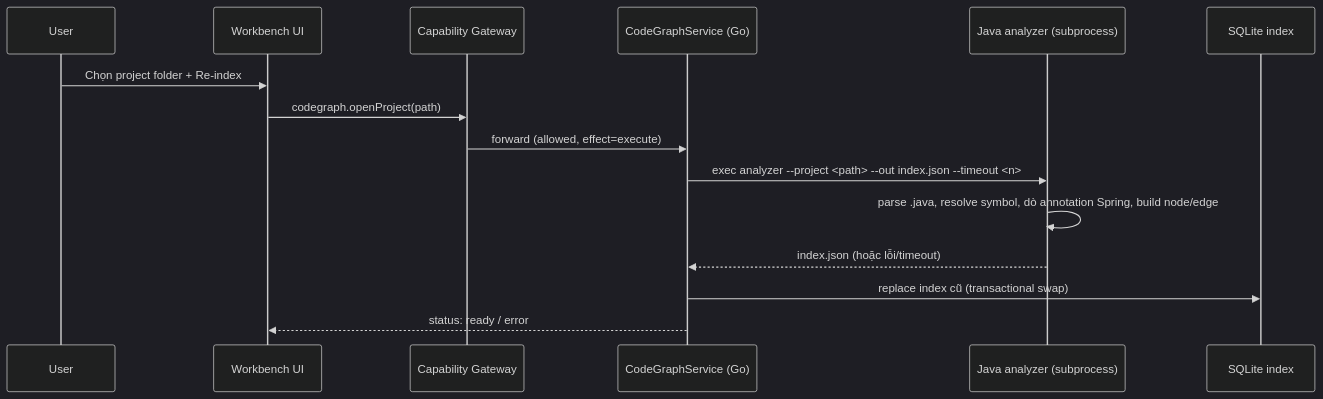
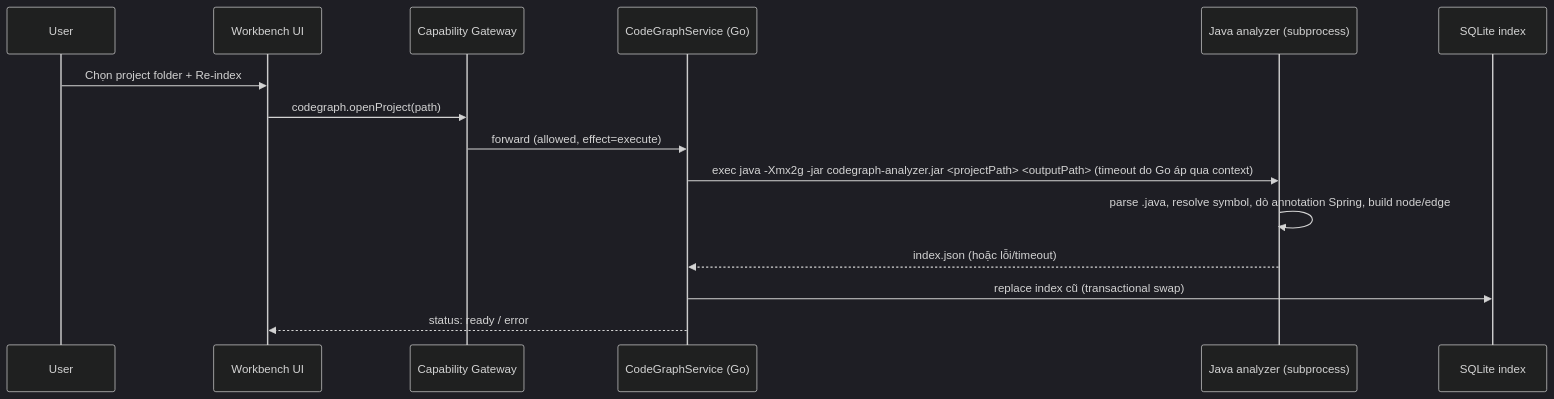
Before and after one commit to syurodev/dev-kit: the second of 10 diagrams in docs/dev-kit/codegraph.mdx, drawn with Mermaid (dark theme). The commit also changed 18 other files, not shown here.

````diff
--- a/docs/dev-kit/codegraph.mdx
+++ b/docs/dev-kit/codegraph.mdx
@@ -106,18 +106,18 @@
 ```mermaid
 sequenceDiagram
   participant User
   participant UI as Workbench UI
   participant GW as Capability Gateway
   participant Svc as CodeGraphService (Go)
   participant CLI as Java analyzer (subprocess)
   participant DB as SQLite index
 
   User->>UI: Chọn project folder + Re-index
   UI->>GW: codegraph.openProject(path)
   GW->>Svc: forward (allowed, effect=execute)
-  Svc->>CLI: exec analyzer --project <path> --out index.json --timeout <n>
+  Svc->>CLI: exec java -Xmx2g -jar codegraph-analyzer.jar <projectPath> <outputPath> (timeout do Go áp qua context)
   CLI->>CLI: parse .java, resolve symbol, dò annotation Spring, build node/edge
   CLI-->>Svc: index.json (hoặc lỗi/timeout)
   Svc->>DB: replace index cũ (transactional swap)
   Svc-->>UI: status: ready / error
 ```
````
